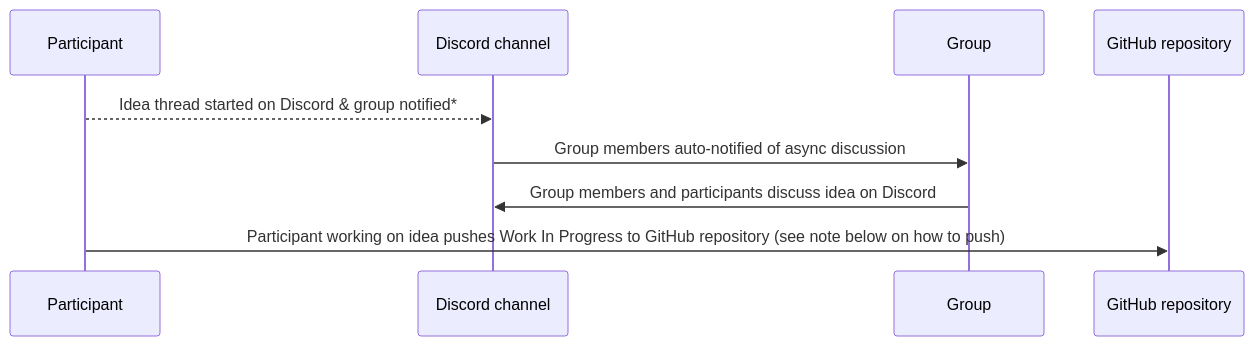
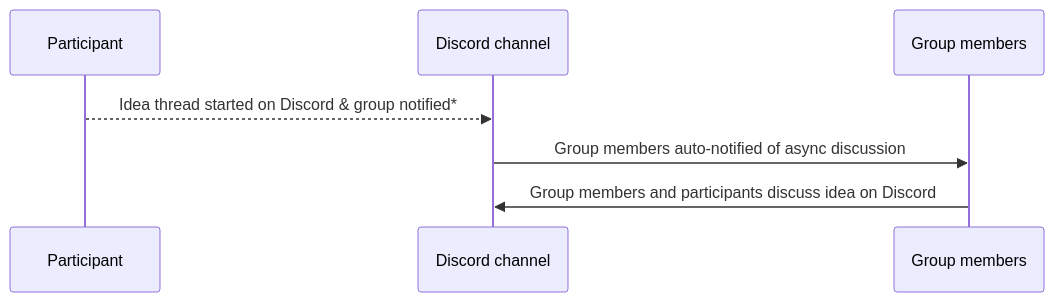
One commit to apacgps/AI-In-Practice-Working-Group changed the third of 5 diagrams in README.md. Above: the diagram before and after it, drawn with Mermaid. The commit also changed other lines of this file and 1 other file, not shown here.

Commit message:
Present idea

````diff
--- a/README.md
+++ b/README.md
@@ -63,13 +69,10 @@
 ```mermaid
 sequenceDiagram
     participant P as Participant
     participant D as Discord channel
-    participant G as Group
-    participant GH as GitHub repository
+    participant G as Group members
 
     P-->>D: Idea thread started on Discord & group notified*
     D->>G: Group members auto-notified of async discussion 
     G->>D: Group members and participants discuss idea on Discord
-    P->>GH: Participant working on idea pushes Work In Progress to GitHub repository (see note below on how to push)
-     
 ```
````
